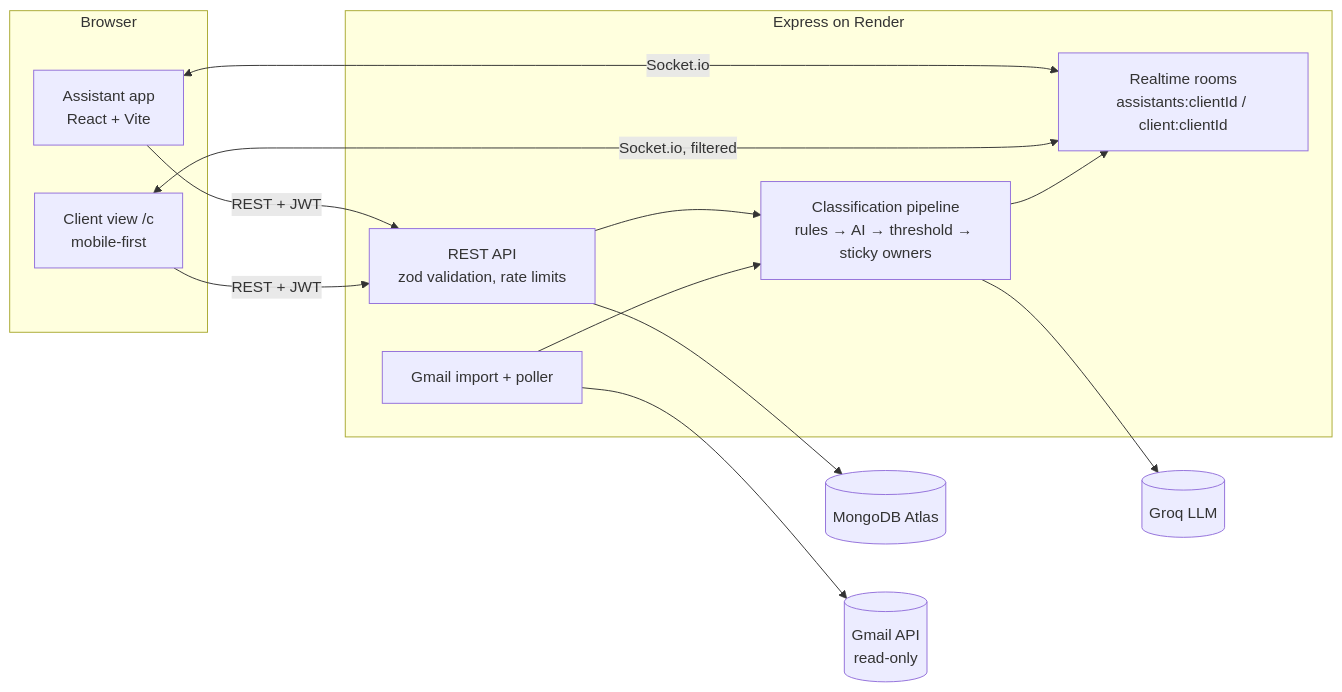
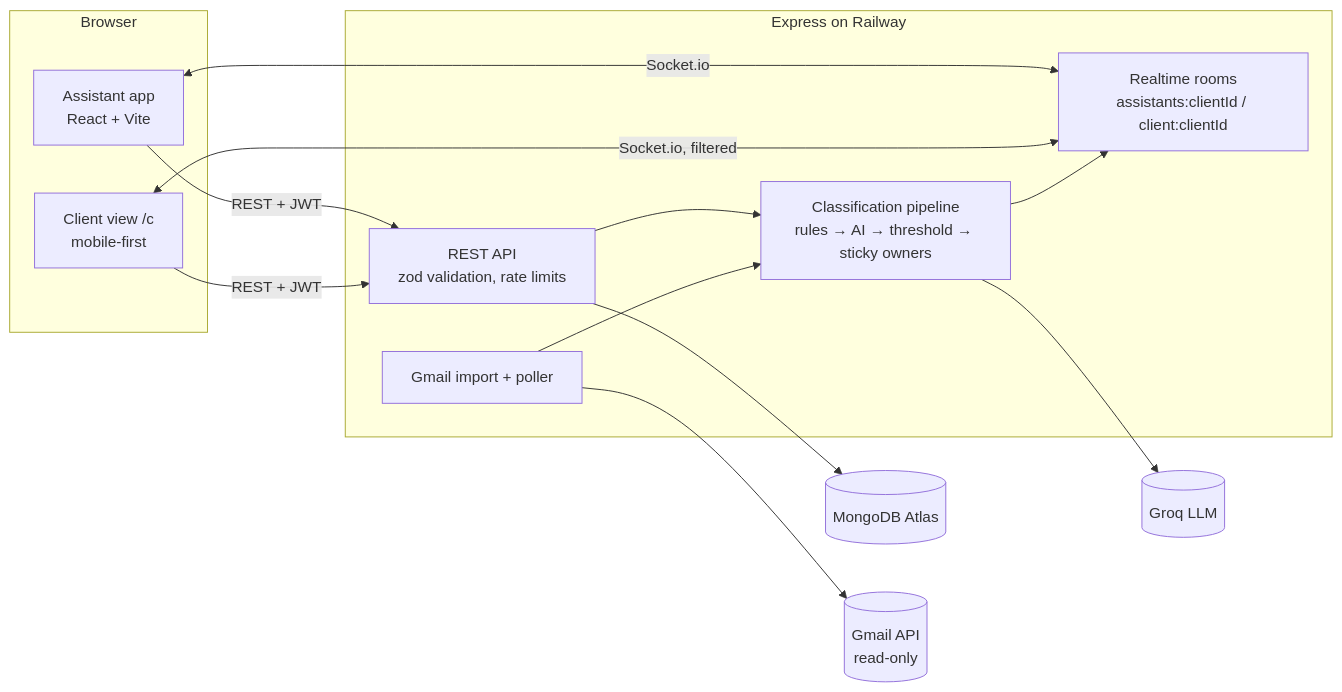
The diagram in README.md (aryanchettripkt-eng/Humanity_founder), drawn with Mermaid before and after one commit. The commit also changed other lines of this file and 3 other files, not shown here.

````diff
--- a/README.md
+++ b/README.md
@@ -59,23 +59,23 @@
 ```mermaid
 flowchart LR
   subgraph Browser
     A[Assistant app<br/>React + Vite]
     C[Client view /c<br/>mobile-first]
   end
   A -- REST + JWT --> API
   C -- REST + JWT --> API
   A <-- Socket.io --> RT
   C <-- Socket.io, filtered --> RT
-  subgraph Server [Express on Render]
+  subgraph Server [Express on Railway]
     API[REST API<br/>zod validation, rate limits]
     RT[Realtime rooms<br/>assistants:clientId / client:clientId]
     CL[Classification pipeline<br/>rules → AI → threshold → sticky owners]
     GP[Gmail import + poller]
   end
   API --> CL
   GP --> CL
   CL --> LLM[(Groq LLM)]
   API --> DB[(MongoDB Atlas)]
   GP --> G[(Gmail API<br/>read-only)]
   CL --> RT
 ```
````
